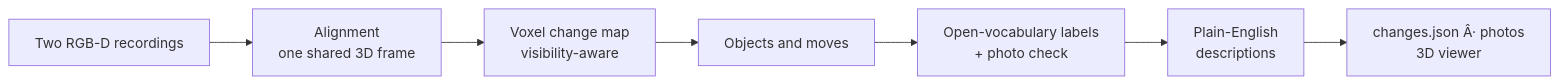
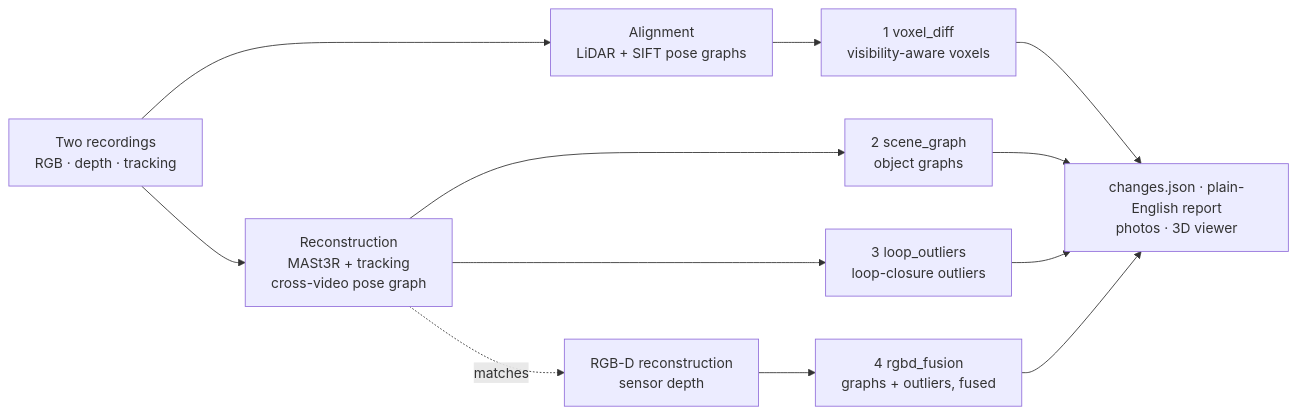
Before and after one commit to Swithinraj/nav-delta-spatial-scene-differencing: the diagram in README.md, drawn with Mermaid. The commit also changed other lines of this file and 135 other files, not shown here.

First line of the commit message:
NavDelta: four approaches (voxel_diff, scene_graph, loop_outliers, rgbd_fusion), scale profiles, ChangeSim benchmark

````diff
--- a/README.md
+++ b/README.md
@@ -53,9 +174,11 @@
 ```mermaid
 flowchart LR
-    A[Two RGB-D recordings] --> B[Alignment<br/>one shared 3D frame]
-    B --> C[Voxel change map<br/>visibility-aware]
-    C --> D[Objects and moves]
-    D --> E[Open-vocabulary labels<br/>+ photo check]
-    E --> F[Plain-English<br/>descriptions]
-    F --> G[changes.json Â· photos<br/>3D viewer]
+    R[Two recordings<br/>RGB · depth · tracking] --> A1[Alignment<br/>LiDAR + SIFT pose graphs]
+    R --> RC[Reconstruction<br/>MASt3R + tracking<br/>cross-video pose graph]
+    A1 --> V[1 voxel_diff<br/>visibility-aware voxels]
+    RC --> SG[2 scene_graph<br/>object graphs]
+    RC --> LO[3 loop_outliers<br/>loop-closure outliers]
+    RC -. matches .-> RD[RGB-D reconstruction<br/>sensor depth]
+    RD --> F[4 rgbd_fusion<br/>graphs + outliers, fused]
+    V & SG & LO & F --> O[changes.json · plain-English report<br/>photos · 3D viewer]
 ```
````
